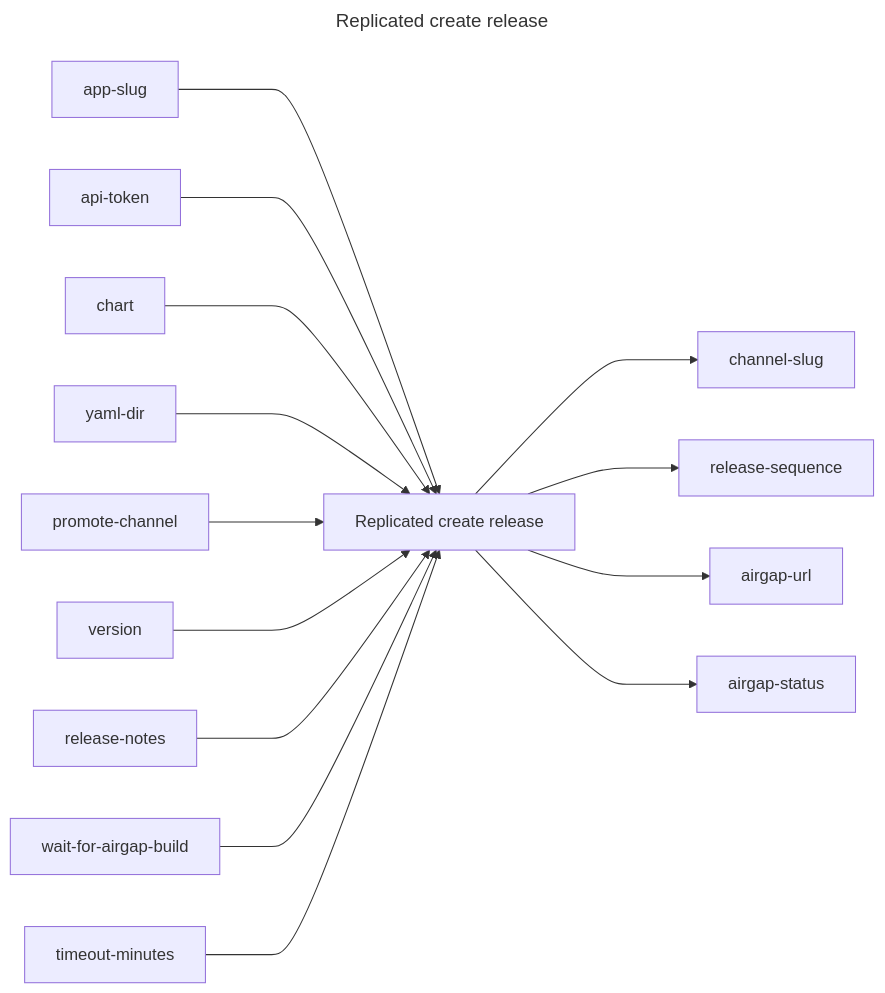
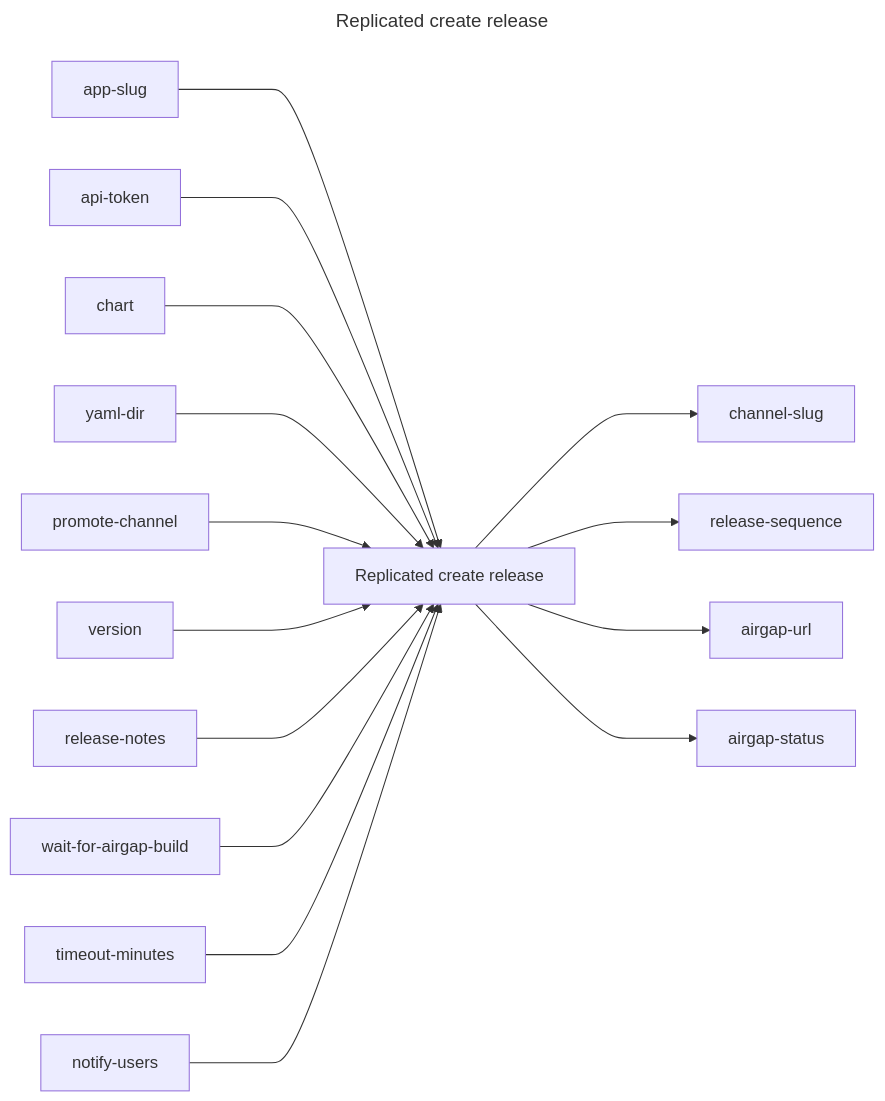
One commit to replicatedhq/replicated-actions changed the diagram in create-release/README.md. Above: the diagram before and after it, drawn with Mermaid. The commit also changed other lines of this file and 56 other files, not shown here.

First line of the commit message:
Add notify-users to release actions (#116)

````diff
--- a/create-release/README.md
+++ b/create-release/README.md
@@ -3,33 +3,35 @@
 ```mermaid
 ---
 title: Replicated create release
 ---
 graph LR
 replicated_create_release["Replicated create release"]
 app_slug["app-slug"]
 api_token["api-token"]
 chart["chart"]
 yaml_dir["yaml-dir"]
 promote_channel["promote-channel"]
 version["version"]
 release_notes["release-notes"]
 wait_for_airgap_build["wait-for-airgap-build"]
 timeout_minutes["timeout-minutes"]
+notify_users["notify-users"]
 channel_slug["channel-slug"]
 release_sequence["release-sequence"]
 airgap_url["airgap-url"]
 airgap_status["airgap-status"]
 app_slug ---> replicated_create_release
 api_token ---> replicated_create_release
 chart ---> replicated_create_release
 yaml_dir ---> replicated_create_release
 promote_channel ---> replicated_create_release
 version ---> replicated_create_release
 release_notes ---> replicated_create_release
 wait_for_airgap_build ---> replicated_create_release
 timeout_minutes ---> replicated_create_release
+notify_users ---> replicated_create_release
 replicated_create_release ---> channel_slug
 replicated_create_release ---> release_sequence
 replicated_create_release ---> airgap_url
 replicated_create_release ---> airgap_status
 ```
````
